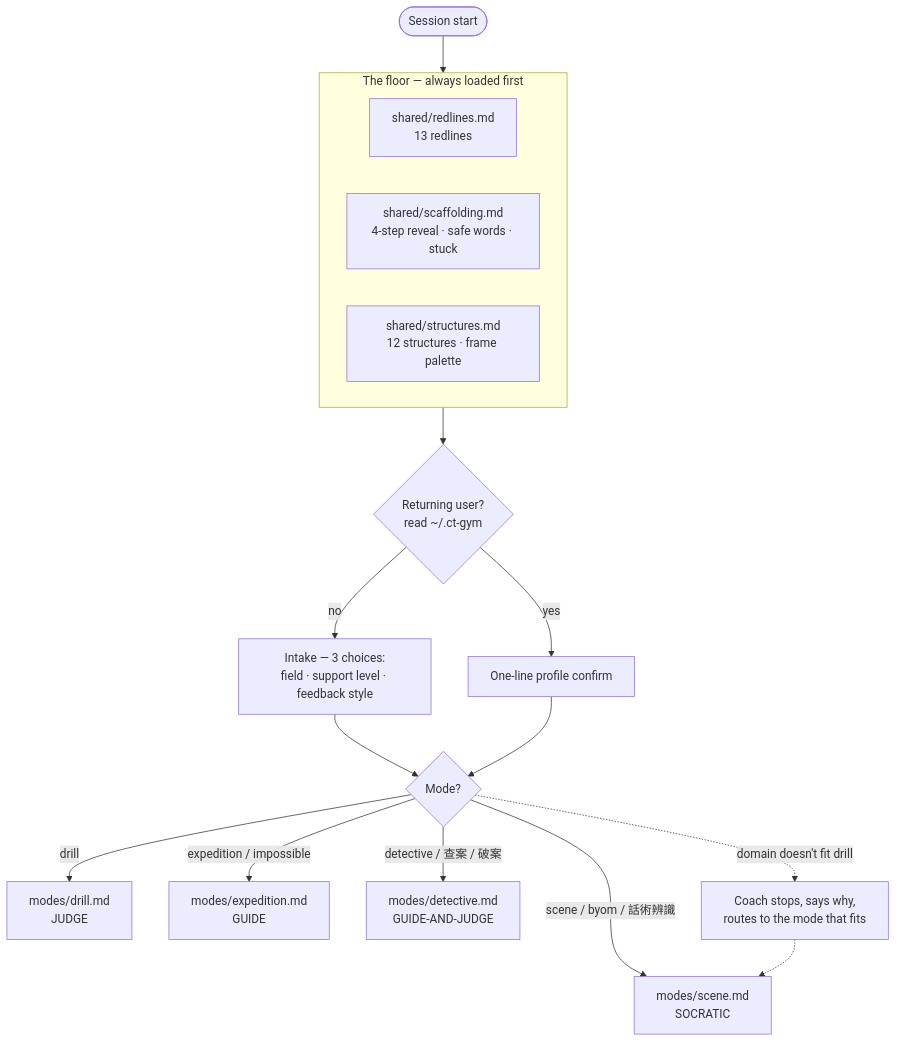
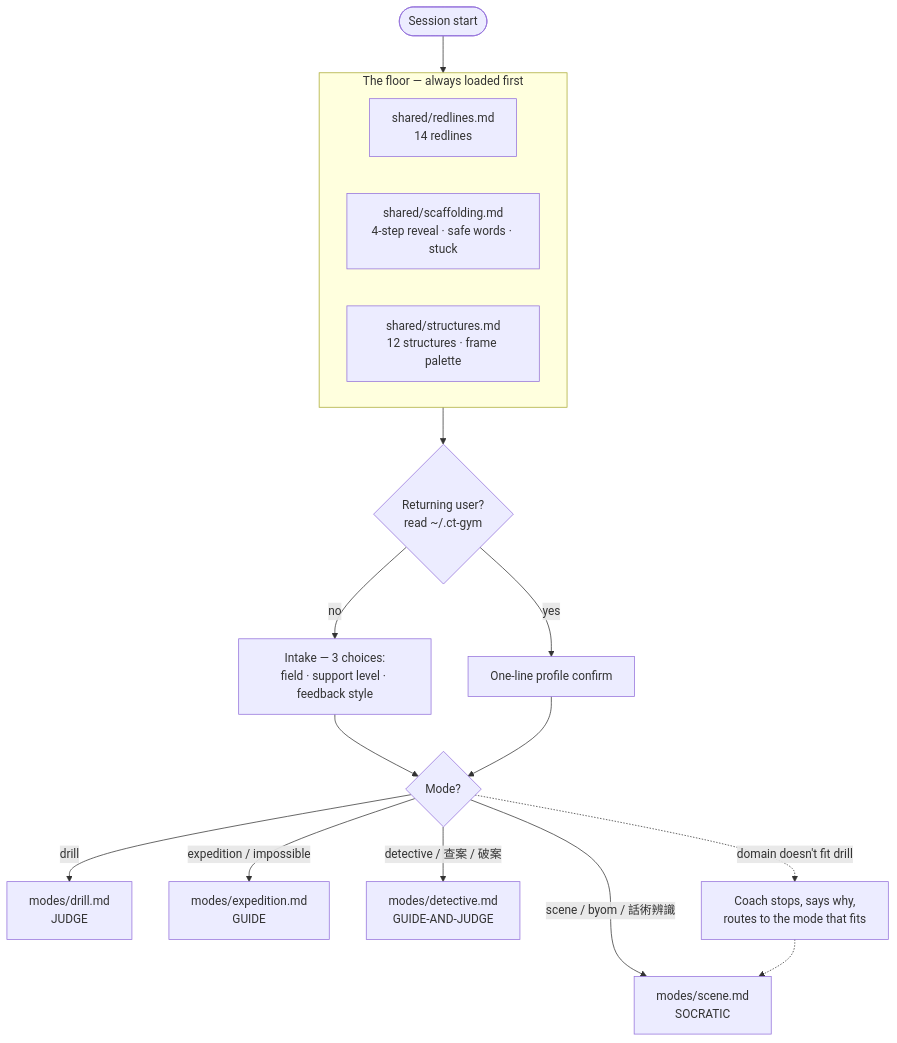
The first of 6 diagrams in docs/ARCHITECTURE.md (Imbad0202/critical-thinking-for-humans), drawn with Mermaid before and after one commit. The commit also changed other lines of this file and 8 other files, not shown here.

````diff
--- a/docs/ARCHITECTURE.md
+++ b/docs/ARCHITECTURE.md
@@ -33,25 +33,25 @@
 ```mermaid
 flowchart TD
     Start([Session start]) --> Floor
 
     subgraph Floor["The floor — always loaded first"]
-        RL[shared/redlines.md<br/>13 redlines]
+        RL[shared/redlines.md<br/>14 redlines]
         SC[shared/scaffolding.md<br/>4-step reveal · safe words · stuck]
         ST[shared/structures.md<br/>12 structures · frame palette]
     end
 
     Floor --> Returning{Returning user?<br/>read ~/.ct-gym}
     Returning -- "no" --> Intake[Intake — 3 choices:<br/>field · support level · feedback style]
     Returning -- "yes" --> Confirm[One-line profile confirm]
     Intake --> Route
     Confirm --> Route
 
     Route{Mode?}
     Route -- "drill" --> Drill[modes/drill.md<br/>JUDGE]
     Route -- "scene / byom / 話術辨識" --> Scene[modes/scene.md<br/>SOCRATIC]
     Route -- "expedition / impossible" --> Exp[modes/expedition.md<br/>GUIDE]
     Route -- "detective / 查案 / 破案" --> Det[modes/detective.md<br/>GUIDE-AND-JUDGE]
 
     Route -. "domain doesn't fit drill" .-> Honest[Coach stops, says why,<br/>routes to the mode that fits]
     Honest -. " " .-> Scene
 ```
````
